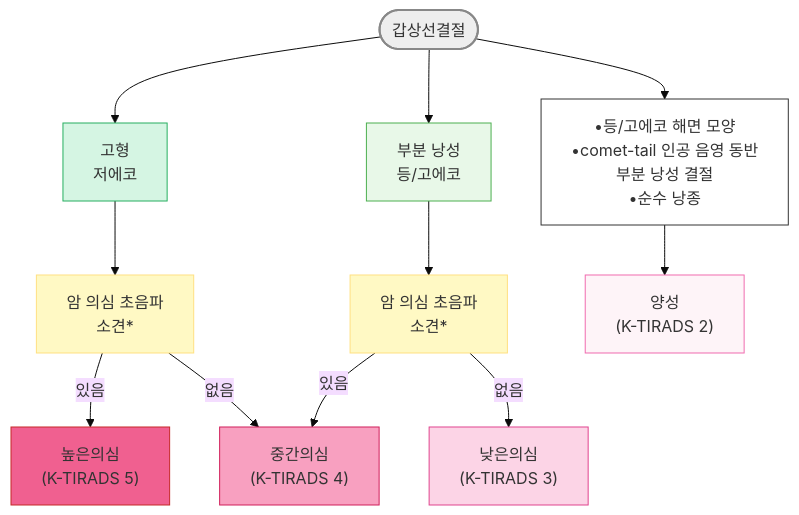
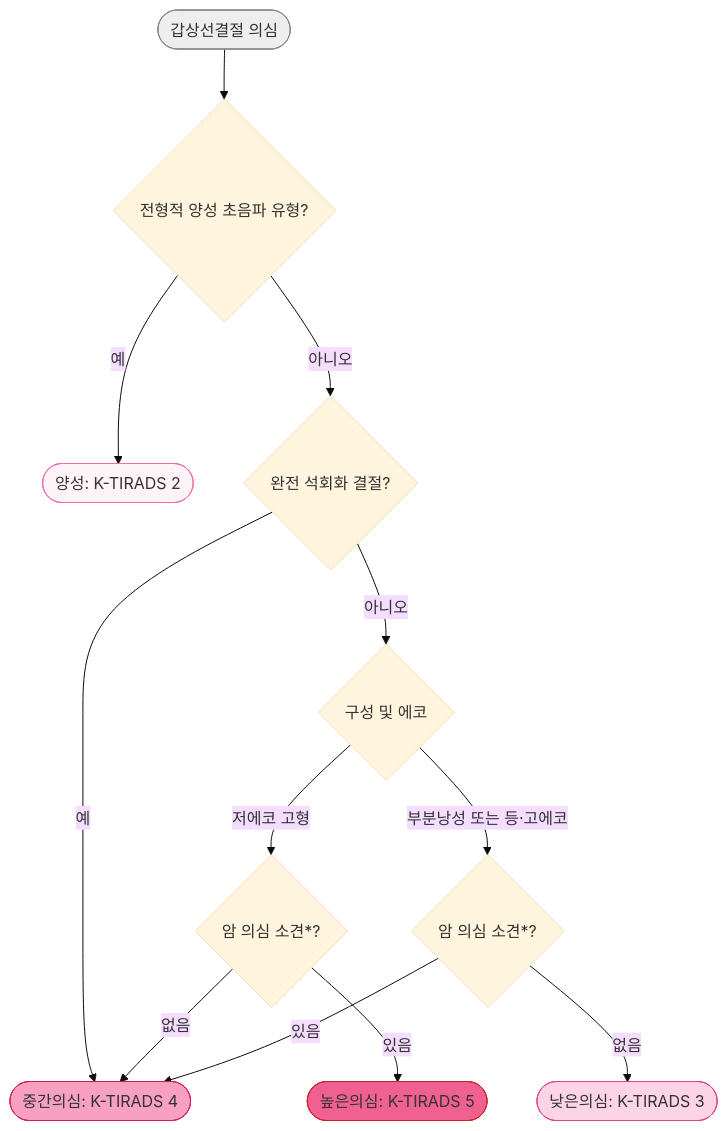
Before and after one commit to familyoh77/familyoh77: the diagram in 226_/107_-thyroid-nodule.md, drawn with Mermaid (base theme). The commit also changed other lines of this file and 9 other files, not shown here.

````diff
--- a/226_/107_-thyroid-nodule.md
+++ b/226_/107_-thyroid-nodule.md
@@ -149,41 +187,19 @@
 ```mermaid
 flowchart TD
-    Root([갑상선결절])
-    
-    P1["고형<br>저에코"]
-    P2["부분 낭성<br>등/고에코"]
-    P3["•등/고에코 해면 모양<br>•comet-tail 인공 음영 동반<br>  부분 낭성 결절<br>•순수 낭종"]
-    
-    D1["암 의심 초음파<br>소견*"]
-    D2["암 의심 초음파<br>소견*"]
-    
-    R5["높은의심<br>(K-TIRADS 5)"]
-    R4["중간의심<br>(K-TIRADS 4)"]
-    R3["낮은의심<br>(K-TIRADS 3)"]
-    R2["양성<br>(K-TIRADS 2)"]
-    Root --> P1
-    Root --> P2
-    Root --> P3
-    
-    P1 --> D1
-    P2 --> D2
-    
-    D1 -- 있음 --> R5
+    Root([갑상선결절 의심]) --> B{"전형적 양성 초음파 유형?"}
+    B -- 예 --> R2(["양성: K-TIRADS 2"])
+    B -- 아니오 --> C{"완전 석회화 결절?"}
+    C -- 예 --> R4(["중간의심: K-TIRADS 4"])
+    C -- 아니오 --> P{"구성 및 에코"}
+    P -- 저에코 고형 --> D1{"암 의심 소견*?"}
+    P -- 부분낭성 또는 등·고에코 --> D2{"암 의심 소견*?"}
+    D1 -- 있음 --> R5(["높은의심: K-TIRADS 5"])
     D1 -- 없음 --> R4
     D2 -- 있음 --> R4
-    D2 -- 없음 --> R3
-    
-    P3 --> R2
-    style Root fill:#eeeeee,stroke:#888888,stroke-width:2px
-    style P1 fill:#d5f5e3,stroke:#27ae60
-    style P2 fill:#e8f8e8,stroke:#4caf50
-    style P3 fill:#fff,stroke:#333
-classDef yellow fill:#fff9c4,stroke:#ffe082
-class D1,D2 yellow
-
-style R2 fill:#fef4f8,stroke:#f06baf
-style R3 fill:#fcd4e6,stroke:#e0448e
-style R4 fill:#f8a0c0,stroke:#d01f5a
-style R5 fill:#f06090,stroke:#c62828
-
+    D2 -- 없음 --> R3(["낮은의심: K-TIRADS 3"])
+    style Root fill:#eeeeee,stroke:#888888
+    style R2 fill:#fef4f8,stroke:#f06baf
+    style R3 fill:#fcd4e6,stroke:#e0448e
+    style R4 fill:#f8a0c0,stroke:#d01f5a
+    style R5 fill:#f06090,stroke:#c62828
 ```
````
